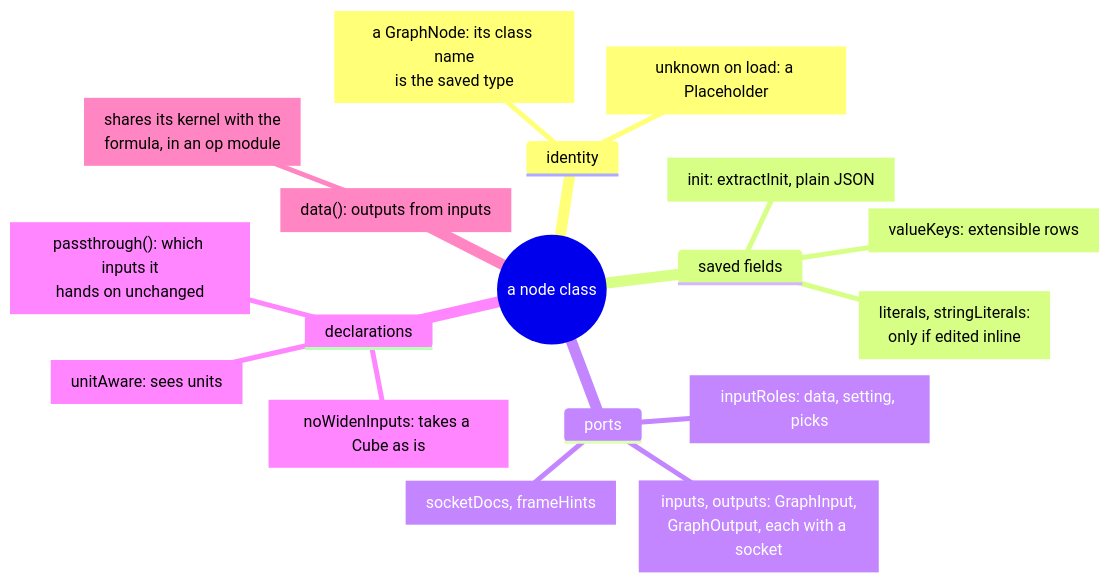
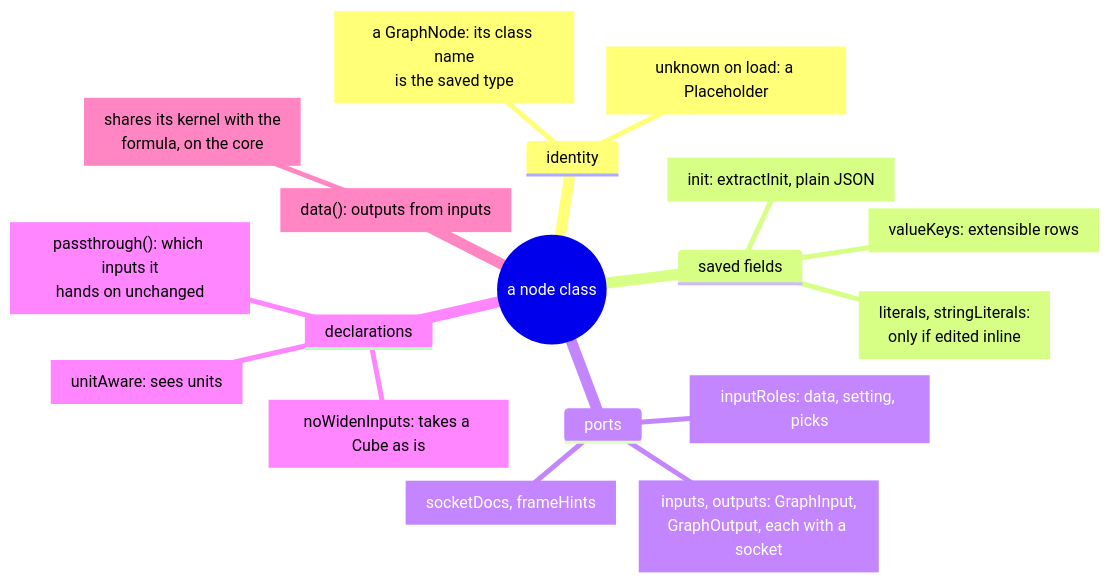
Before and after one commit to bubba8587/solenoid: the first of 5 diagrams in tree/specs/floors/node-classes.md, drawn with Mermaid. The commit also changed other lines of this file and 45 other files, not shown here.

````diff
--- a/tree/specs/floors/node-classes.md
+++ b/tree/specs/floors/node-classes.md
@@ -15,21 +15,21 @@
 ```mermaid
 mindmap
   root(("a node class"))
     identity
       ["a GraphNode: its class name<br>is the saved type"]
       ["unknown on load: a Placeholder"]
     saved fields
       ["init: extractInit, plain JSON"]
       ["literals, stringLiterals:<br>only if edited inline"]
       ["valueKeys: extensible rows"]
     ports
       ["inputs, outputs: GraphInput,<br>GraphOutput, each with a socket"]
       ["inputRoles: data, setting, picks"]
       ["socketDocs, frameHints"]
     declarations
       ["unitAware: sees units"]
       ["noWidenInputs: takes a Cube as is"]
       ["passthrough(): which inputs it<br>hands on unchanged"]
     ["data(): outputs from inputs"]
-      ["shares its kernel with the<br>formula, in an op module"]
+      ["shares its kernel with the<br>formula, on the core"]
 ```
````
